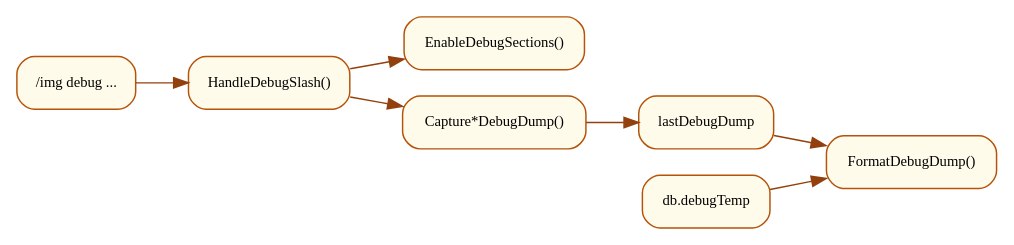
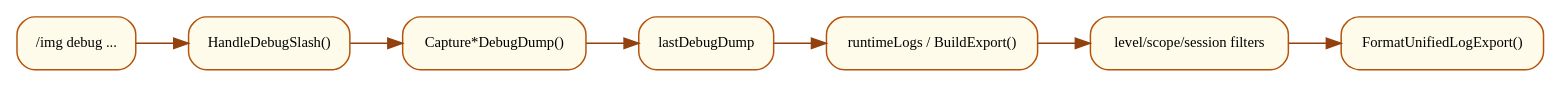
Before and after one commit to terencefan/inority-wow: the first of 2 diagrams in docs/specs/ui/ui-debug-panel.md, drawn with Graphviz. The commit also changed other lines of this file and 36 other files, not shown here.

````diff
--- a/docs/specs/ui/ui-debug-panel.md
+++ b/docs/specs/ui/ui-debug-panel.md
@@ -60,23 +62,23 @@
 ```dot
 digraph DebugDataFlow {
   rankdir=LR;
   graph [fontsize=10];
   node [shape=box style="rounded,filled" fillcolor="#FFFBEB" color="#B45309" fontname="Microsoft YaHei" fontsize=10];
   edge [color="#92400E" fontsize=9 fontname="Microsoft YaHei"];
 
   Slash [label="/img debug ..."];
   Handle [label="HandleDebugSlash()"];
-  Sections [label="EnableDebugSections()"];
   Capture [label="Capture*DebugDump()"];
   Last [label="lastDebugDump"];
-  Temp [label="db.debugTemp"];
-  Format [label="FormatDebugDump()"];
+  Export [label="runtimeLogs / BuildExport()"];
+  Filter [label="level/scope/session filters"];
+  Format [label="FormatUnifiedLogExport()"];
 
   Slash -> Handle;
-  Handle -> Sections;
   Handle -> Capture;
   Capture -> Last;
-  Temp -> Format;
-  Last -> Format;
+  Last -> Export;
+  Export -> Filter;
+  Filter -> Format;
 }
 ```
````
